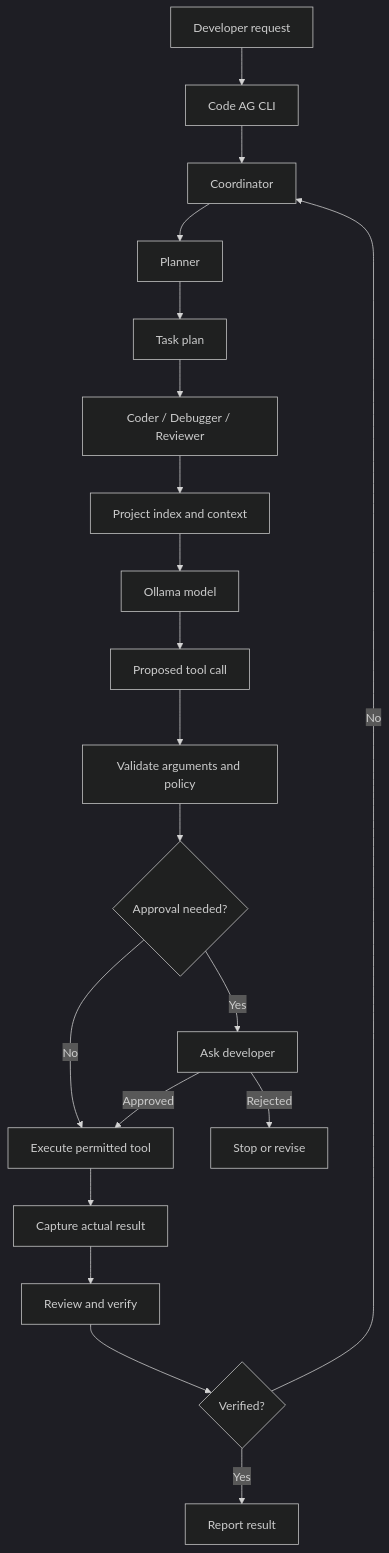
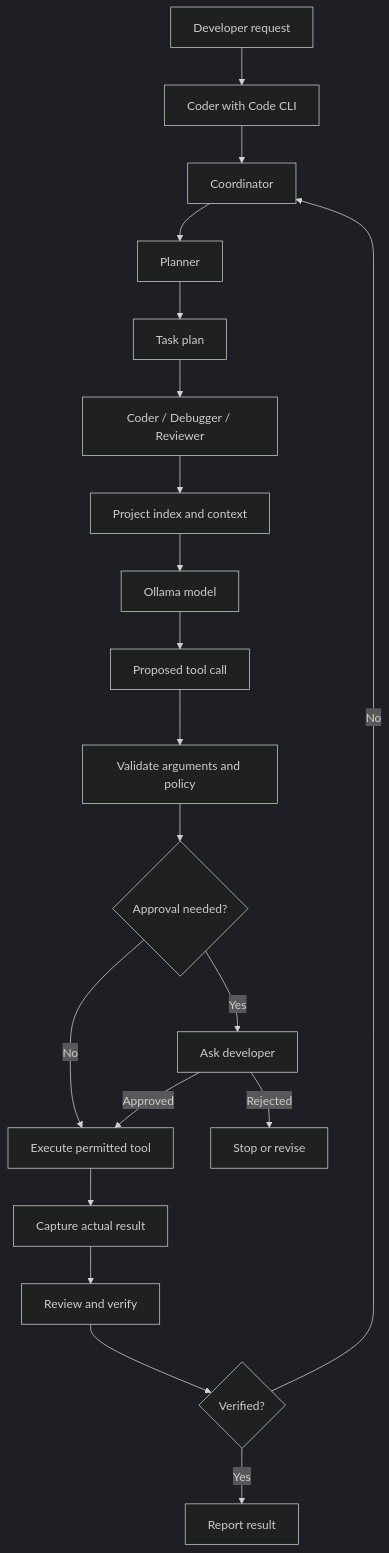
One commit to dar2006sh8an13/coder-with-code changed the diagram in README.md. Above: the diagram before and after it, drawn with Mermaid (dark theme). The commit also changed other lines of this file, not shown here.

Commit message:
docs: remove Code AG from Coder with Code branding

````diff
--- a/README.md
+++ b/README.md
@@ -63,22 +63,22 @@
 ```mermaid
 flowchart TD
-    A[Developer request] --> B[Code AG CLI]
+    A[Developer request] --> B[Coder with Code CLI]
     B --> C[Coordinator]
     C --> D[Planner]
     D --> E[Task plan]
     E --> F[Coder / Debugger / Reviewer]
     F --> G[Project index and context]
     G --> H[Ollama model]
     H --> I[Proposed tool call]
     I --> J[Validate arguments and policy]
     J --> K{Approval needed?}
     K -- Yes --> L[Ask developer]
     K -- No --> M[Execute permitted tool]
     L -- Approved --> M
     L -- Rejected --> N[Stop or revise]
     M --> O[Capture actual result]
     O --> P[Review and verify]
     P --> Q{Verified?}
     Q -- No --> C
     Q -- Yes --> R[Report result]
 ```
````
